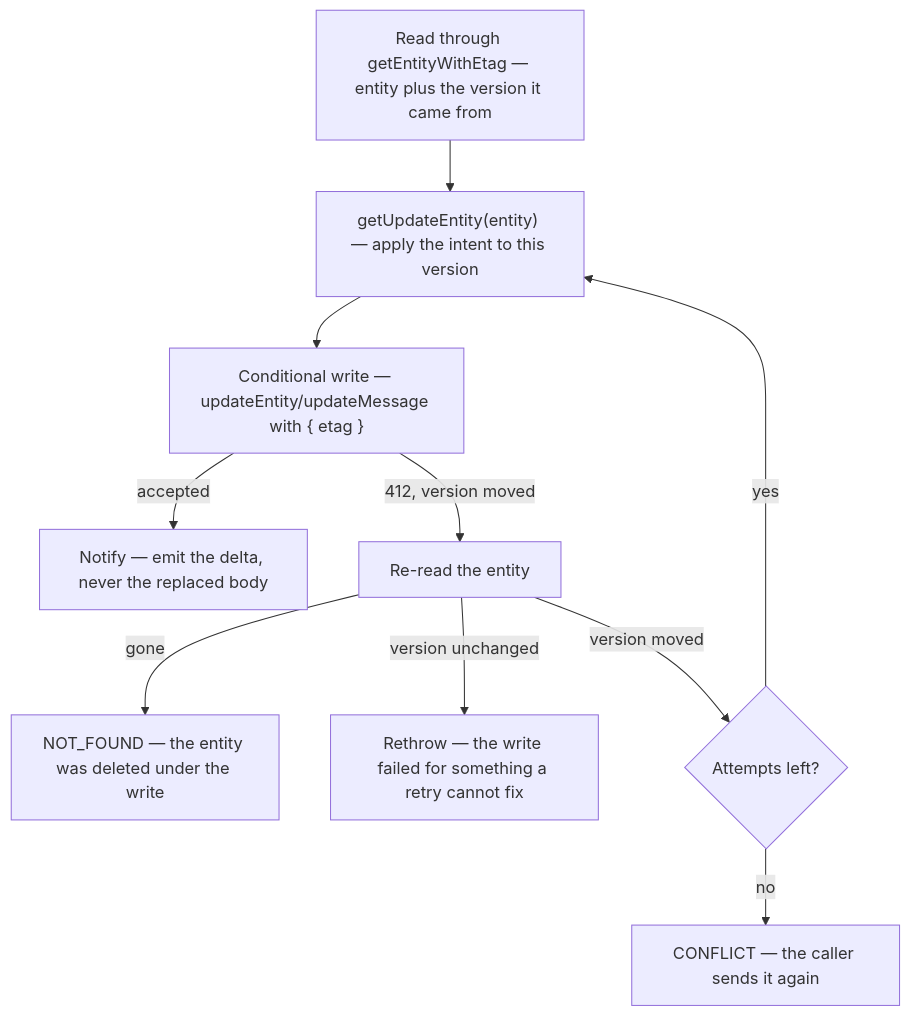
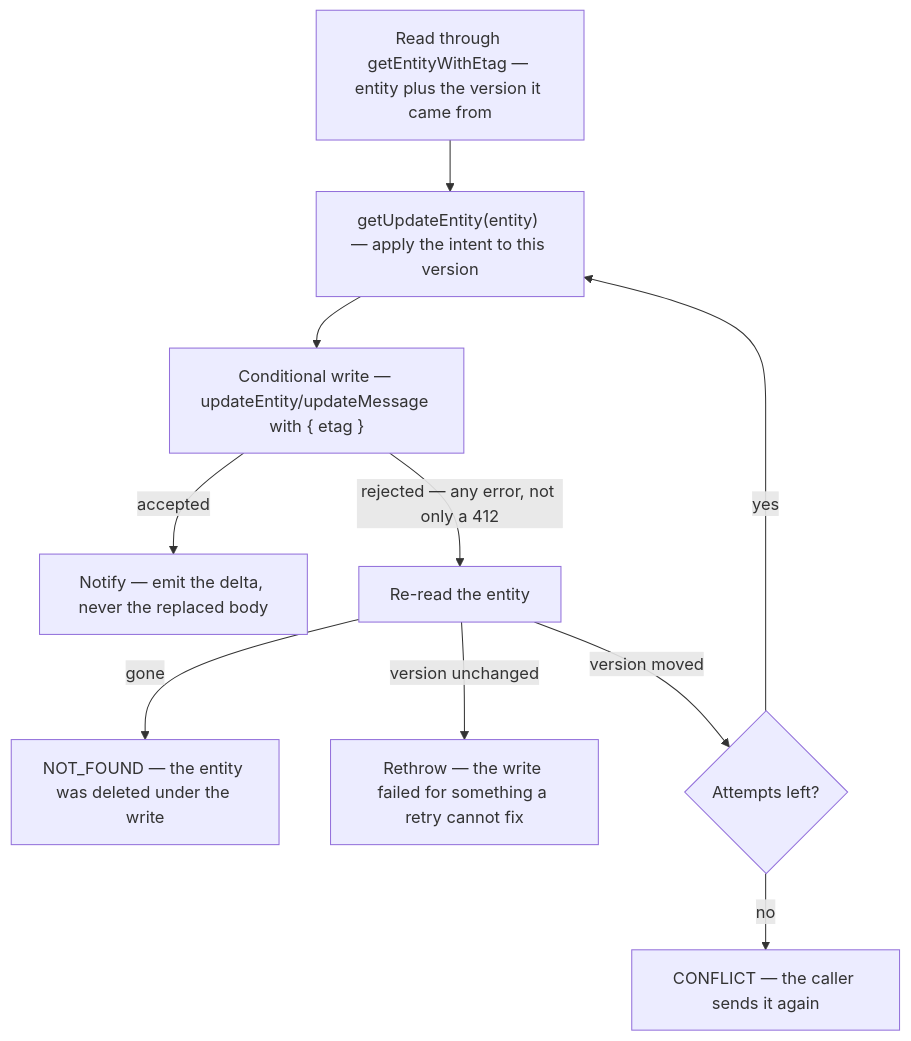
One commit to Esposter/Esposter changed the diagram in packages/app/content/docs/architecture/conditional-writes.md. Above: the diagram before and after it, drawn with Mermaid. The commit also changed 12 other files, not shown here.

````diff
--- a/packages/app/content/docs/architecture/conditional-writes.md
+++ b/packages/app/content/docs/architecture/conditional-writes.md
@@ -30,12 +30,12 @@
 ```mermaid
 flowchart TD
   R["Read through getEntityWithEtag — entity plus the version it came from"] --> D["getUpdateEntity(entity) — apply the intent to this version"]
   D --> W["Conditional write — updateEntity/updateMessage with { etag }"]
   W -->|"accepted"| N["Notify — emit the delta, never the replaced body"]
-  W -->|"412, version moved"| RR["Re-read the entity"]
+  W -->|"rejected — any error, not only a 412"| RR["Re-read the entity"]
   RR -->|"gone"| NF["NOT_FOUND — the entity was deleted under the write"]
   RR -->|"version unchanged"| PE["Rethrow — the write failed for something a retry cannot fix"]
   RR -->|"version moved"| B{"Attempts left?"}
   B -->|"yes"| D
   B -->|"no"| C["CONFLICT — the caller sends it again"]
 ```
````
